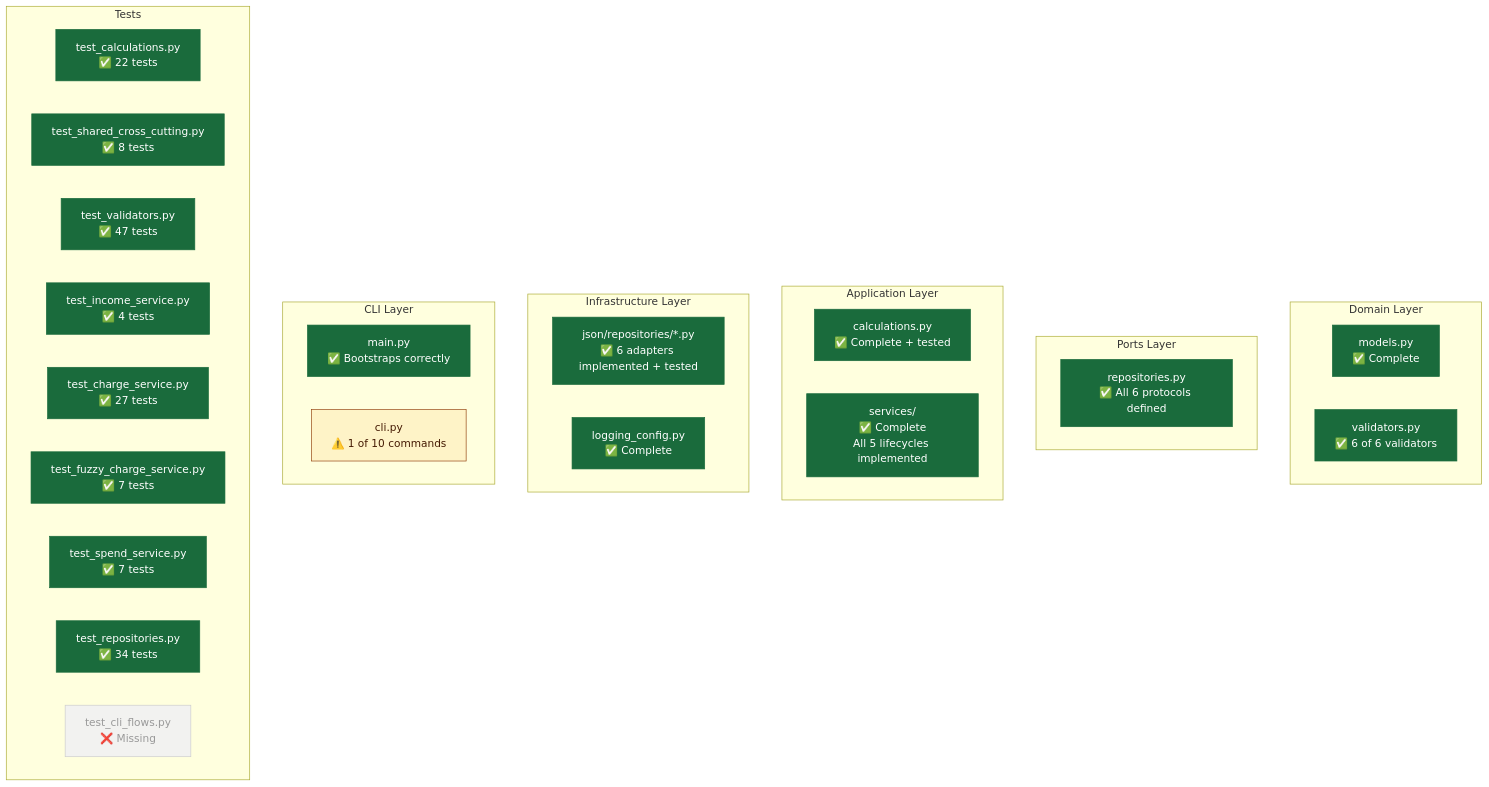
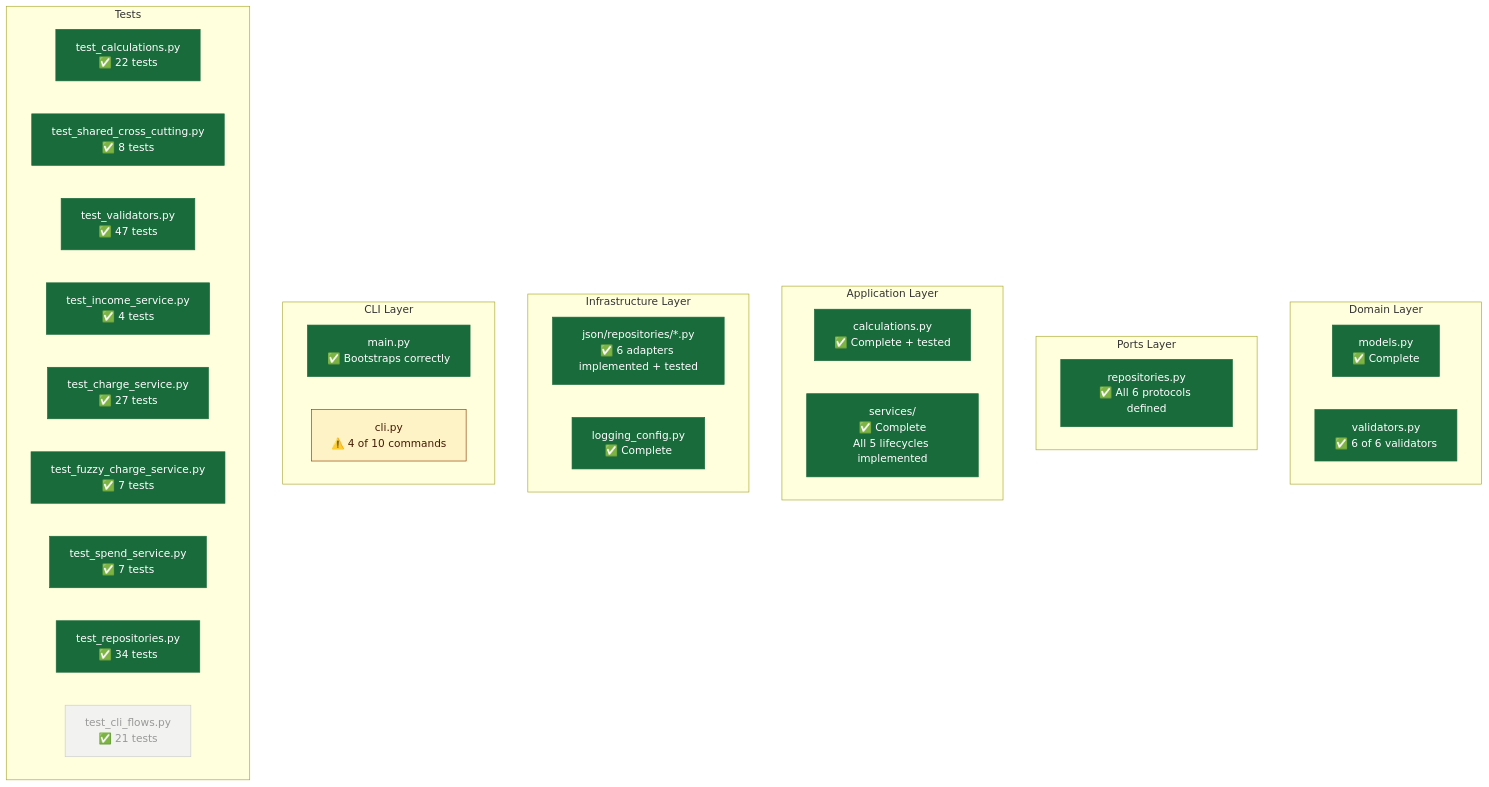
Before and after one commit to MoaminShikha/student-expense-tracker: diagram 12 of 25 in Docs/stage1_implementation_status.md, drawn with Mermaid. The commit also changed other lines of this file and 4 other files, not shown here.

````diff
--- a/Docs/stage1_implementation_status.md
+++ b/Docs/stage1_implementation_status.md
@@ -431,59 +431,59 @@
 ```mermaid
 graph TD
     subgraph layer_domain["Domain Layer"]
         M["models.py\n✅ Complete"]
         V["validators.py\n✅ 6 of 6 validators"]
     end
 
     subgraph layer_ports["Ports Layer"]
         R["repositories.py\n✅ All 6 protocols defined"]
     end
 
     subgraph layer_app["Application Layer"]
         C["calculations.py\n✅ Complete + tested"]
         S["services/\n✅ Complete\nAll 5 lifecycles implemented"]
     end
 
     subgraph layer_infra["Infrastructure Layer"]
         J["json/repositories/*.py\n✅ 6 adapters implemented + tested"]
         L["logging_config.py\n✅ Complete"]
     end
 
     subgraph layer_cli["CLI Layer"]
         Main["main.py\n✅ Bootstraps correctly"]
-        Cli["cli.py\n⚠️ 1 of 10 commands"]
+        Cli["cli.py\n⚠️ 4 of 10 commands"]
     end
 
     subgraph layer_tests["Tests"]
         T1["test_calculations.py\n✅ 22 tests"]
         T2["test_shared_cross_cutting.py\n✅ 8 tests"]
         T3["test_validators.py\n✅ 47 tests"]
         T4["test_income_service.py\n✅ 4 tests"]
         T5["test_charge_service.py\n✅ 27 tests"]
         T6["test_fuzzy_charge_service.py\n✅ 7 tests"]
         T7["test_spend_service.py\n✅ 7 tests"]
         T8["test_repositories.py\n✅ 34 tests"]
-        T9["test_cli_flows.py\n❌ Missing"]
+        T9["test_cli_flows.py\n✅ 21 tests"]
     end
 
     style M fill:#1a6b3c,color:#fff,stroke:#1a6b3c
     style R fill:#1a6b3c,color:#fff,stroke:#1a6b3c
     style C fill:#1a6b3c,color:#fff,stroke:#1a6b3c
     style J fill:#1a6b3c,color:#fff,stroke:#1a6b3c
     style L fill:#1a6b3c,color:#fff,stroke:#1a6b3c
     style Main fill:#1a6b3c,color:#fff,stroke:#1a6b3c
     style T1 fill:#1a6b3c,color:#fff,stroke:#1a6b3c
     style T2 fill:#1a6b3c,color:#fff,stroke:#1a6b3c
     style T3 fill:#1a6b3c,color:#fff,stroke:#1a6b3c
     style T4 fill:#1a6b3c,color:#fff,stroke:#1a6b3c
     style T5 fill:#1a6b3c,color:#fff,stroke:#1a6b3c
     style T6 fill:#1a6b3c,color:#fff,stroke:#1a6b3c
     style T7 fill:#1a6b3c,color:#fff,stroke:#1a6b3c
     style V fill:#1a6b3c,color:#fff,stroke:#1a6b3c
     style S fill:#1a6b3c,color:#fff,stroke:#1a6b3c
     style T6 fill:#1a6b3c,color:#fff,stroke:#1a6b3c
     style T7 fill:#1a6b3c,color:#fff,stroke:#1a6b3c
     style T8 fill:#1a6b3c,color:#fff,stroke:#1a6b3c
     style Cli fill:#fef3c7,stroke:#92400e,color:#451a03
     style T9 fill:#f2f2f0,stroke:#ccc,color:#999
 ```
````
